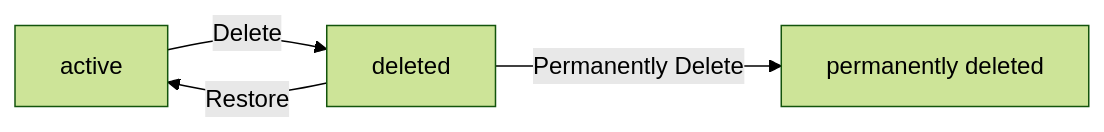
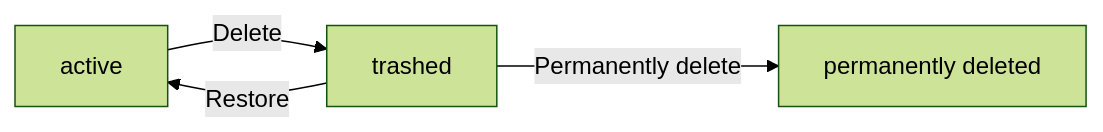
One commit to wrtnlabs/autobe-examples changed the second of 3 diagrams in qwen/qwen3.5-27b/todo/docs/analysis/02-domain-model.md. Above: the diagram before and after it, drawn with Mermaid (forest theme). The commit also changed other lines of this file and 32093 other files, not shown here.

````diff
--- a/qwen/qwen3.5-27b/todo/docs/analysis/02-domain-model.md
+++ b/qwen/qwen3.5-27b/todo/docs/analysis/02-domain-model.md
@@ -681,6 +269,6 @@
 ```mermaid
 flowchart LR
-    A["active"] -->|"Delete"| B["deleted"]
+    A["active"] -->|"Delete"| B["trashed"]
     B -->|"Restore"| A
-    B -->|"Permanently Delete"| C["permanently deleted"]
+    B -->|"Permanently delete"| C["permanently deleted"]
 ```
````
